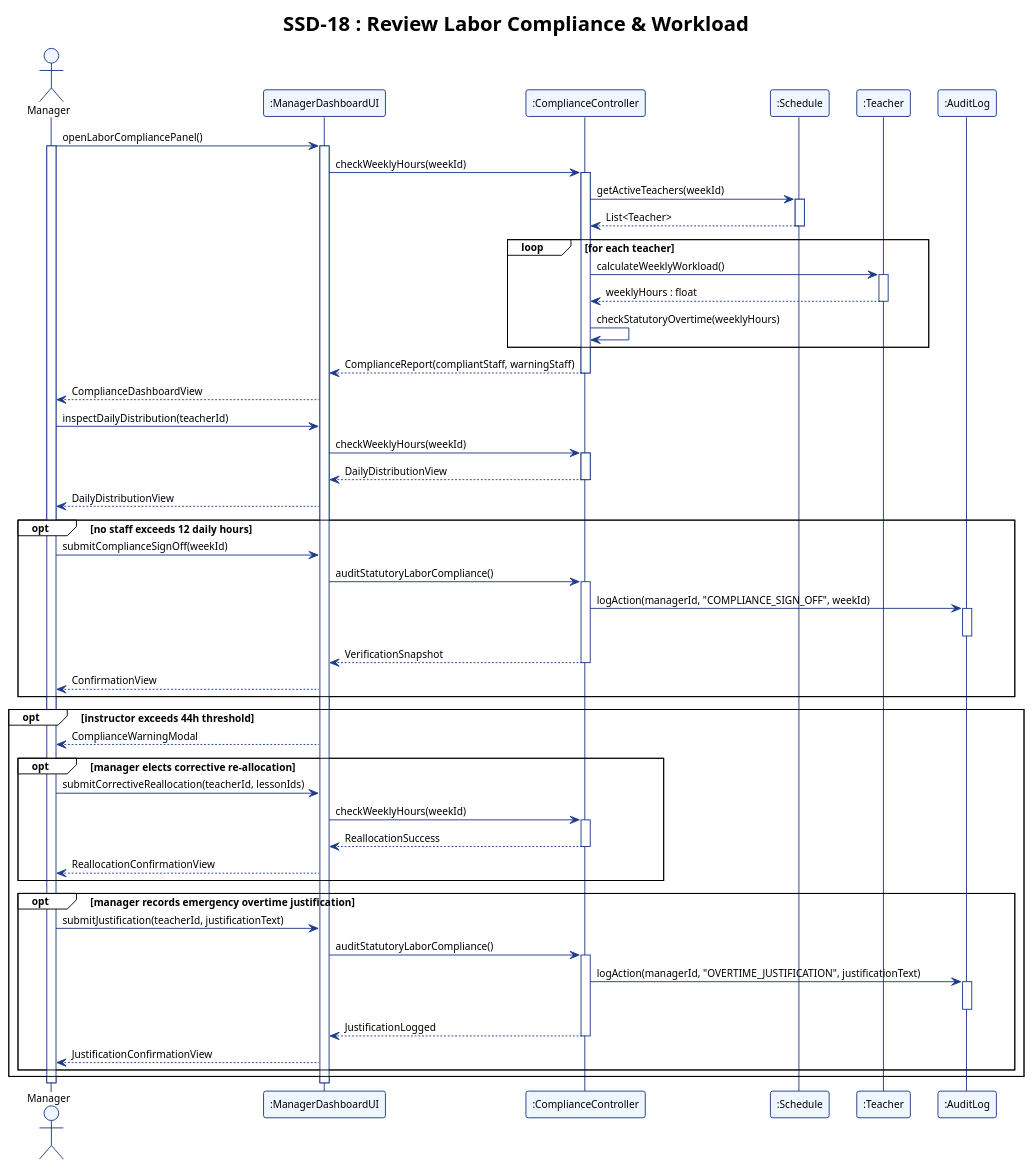
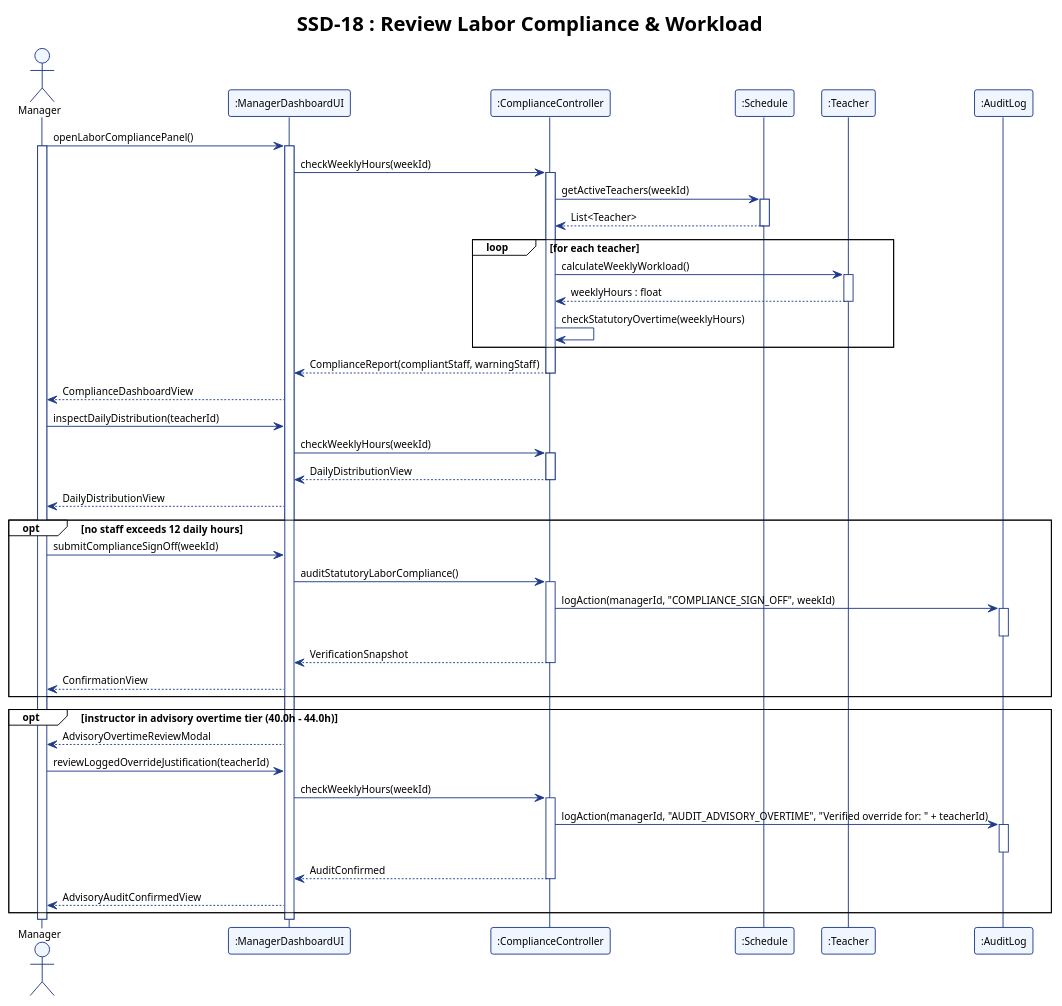
Before and after one commit to adoreblvnk/2001temp: the diagram in report/assets/ssd_18.puml, drawn with PlantUML. The commit also changed 7 other files, not shown here.

```diff
--- a/report/assets/ssd_18.puml
+++ b/report/assets/ssd_18.puml
@@ -1,93 +1,83 @@
 @startuml ssd_18
 !theme plain
 skinparam shadowing false
 skinparam defaultFontName "Helvetica", "Arial", sans-serif
 skinparam defaultFontSize 11
 skinparam sequence {
     ParticipantBorderColor #1E3A8A
     ParticipantBackgroundColor #EFF6FF
     LifeLineBorderColor #1E3A8A
     LifeLineBackgroundColor #FFFFFF
     ArrowColor #1E3A8A
     ActorBorderColor #1E3A8A
     ActorBackgroundColor #EFF6FF
 }
 
 title SSD-18 : Review Labor Compliance & Workload
 
 actor "Manager" as Manager
 participant ":ManagerDashboardUI" as UI
 participant ":ComplianceController" as ComplianceController
 participant ":Schedule" as Schedule
 participant ":Teacher" as Teacher
 participant ":AuditLog" as AuditLog
 
 Manager -> UI : openLaborCompliancePanel()
 activate Manager
 activate UI
 UI -> ComplianceController : checkWeeklyHours(weekId)
 activate ComplianceController
 
 ComplianceController -> Schedule : getActiveTeachers(weekId)
 activate Schedule
 Schedule --> ComplianceController : List<Teacher>
 deactivate Schedule
 
 loop for each teacher
     ComplianceController -> Teacher : calculateWeeklyWorkload()
     activate Teacher
     Teacher --> ComplianceController : weeklyHours : float
     deactivate Teacher
     ComplianceController -> ComplianceController : checkStatutoryOvertime(weeklyHours)
 end
 
 ComplianceController --> UI : ComplianceReport(compliantStaff, warningStaff)
 deactivate ComplianceController
 UI --> Manager : ComplianceDashboardView
 
 Manager -> UI : inspectDailyDistribution(teacherId)
 UI -> ComplianceController : checkWeeklyHours(weekId)
 activate ComplianceController
 ComplianceController --> UI : DailyDistributionView
 deactivate ComplianceController
 UI --> Manager : DailyDistributionView
 
 opt no staff exceeds 12 daily hours
     Manager -> UI : submitComplianceSignOff(weekId)
     UI -> ComplianceController : auditStatutoryLaborCompliance()
     activate ComplianceController
     ComplianceController -> AuditLog : logAction(managerId, "COMPLIANCE_SIGN_OFF", weekId)
     activate AuditLog
     deactivate AuditLog
     ComplianceController --> UI : VerificationSnapshot
     deactivate ComplianceController
     UI --> Manager : ConfirmationView
 end
 
-opt instructor exceeds 44h threshold
-    UI --> Manager : ComplianceWarningModal
-    opt manager elects corrective re-allocation
-        Manager -> UI : submitCorrectiveReallocation(teacherId, lessonIds)
-        UI -> ComplianceController : checkWeeklyHours(weekId)
-        activate ComplianceController
-        ComplianceController --> UI : ReallocationSuccess
-        deactivate ComplianceController
-        UI --> Manager : ReallocationConfirmationView
-    end
-    opt manager records emergency overtime justification
-        Manager -> UI : submitJustification(teacherId, justificationText)
-        UI -> ComplianceController : auditStatutoryLaborCompliance()
-        activate ComplianceController
-        ComplianceController -> AuditLog : logAction(managerId, "OVERTIME_JUSTIFICATION", justificationText)
-        activate AuditLog
-        deactivate AuditLog
-        ComplianceController --> UI : JustificationLogged
-        deactivate ComplianceController
-        UI --> Manager : JustificationConfirmationView
-    end
+opt instructor in advisory overtime tier (40.0h - 44.0h)
+    UI --> Manager : AdvisoryOvertimeReviewModal
+    Manager -> UI : reviewLoggedOverrideJustification(teacherId)
+    UI -> ComplianceController : checkWeeklyHours(weekId)
+    activate ComplianceController
+    ComplianceController -> AuditLog : logAction(managerId, "AUDIT_ADVISORY_OVERTIME", "Verified override for: " + teacherId)
+    activate AuditLog
+    deactivate AuditLog
+    ComplianceController --> UI : AuditConfirmed
+    deactivate ComplianceController
+    UI --> Manager : AdvisoryAuditConfirmedView
 end
 
 deactivate UI
 deactivate Manager
 
 @enduml
```
